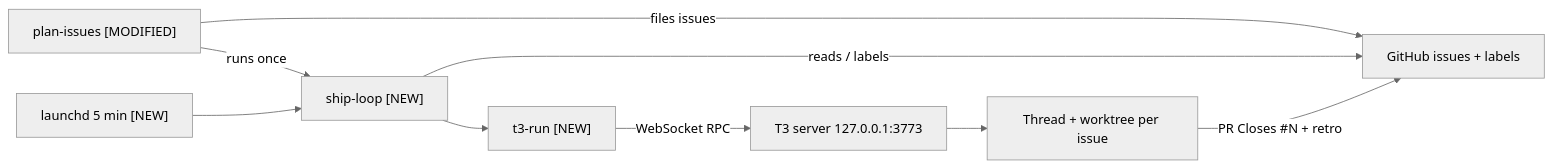
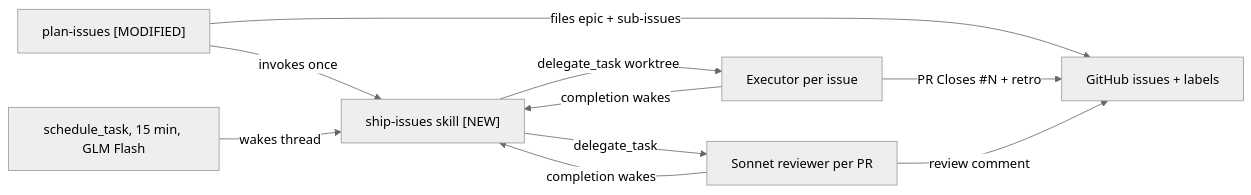
One commit to ne1cc/terminal-configs changed the diagram in docs/superpowers/specs/2026-10-23-ship-loop-design.md. Above: the diagram before and after it, drawn with Mermaid (neutral theme). The commit also changed other lines of this file and 1 other file, not shown here.

First line of the commit message:
docs(specs): pivot ship design to T3-native orchestration

````diff
--- a/docs/superpowers/specs/2026-10-23-ship-loop-design.md
+++ b/docs/superpowers/specs/2026-10-23-ship-loop-design.md
@@ -47,11 +56,12 @@
 ```mermaid
 flowchart LR
-  P["plan-issues [MODIFIED]"] -->|"files issues"| GH["GitHub issues + labels"]
-  P -->|"runs once"| SL["ship-loop [NEW]"]
-  LD["launchd 5 min [NEW]"] --> SL
-  SL -->|"reads / labels"| GH
-  SL --> TR["t3-run [NEW]"]
-  TR -->|"WebSocket RPC"| T3["T3 server 127.0.0.1:3773"]
-  T3 --> TH["Thread + worktree per issue"]
-  TH -->|"PR Closes #N + retro"| GH
+  P["plan-issues [MODIFIED]"] -->|"files epic + sub-issues"| GH["GitHub issues + labels"]
+  P -->|"invokes once"| S["ship-issues skill [NEW]"]
+  SCH["schedule_task, 15 min, GLM Flash"] -->|"wakes thread"| S
+  S -->|"delegate_task worktree"| EX["Executor per issue"]
+  S -->|"delegate_task"| RV["Sonnet reviewer per PR"]
+  EX -->|"PR Closes #N + retro"| GH
+  RV -->|"review comment"| GH
+  EX -->|"completion wakes"| S
+  RV -->|"completion wakes"| S
 ```
````
